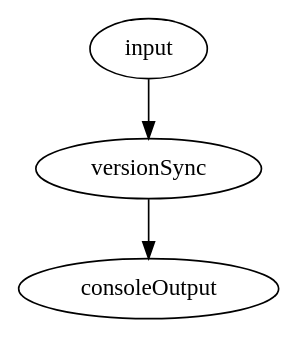
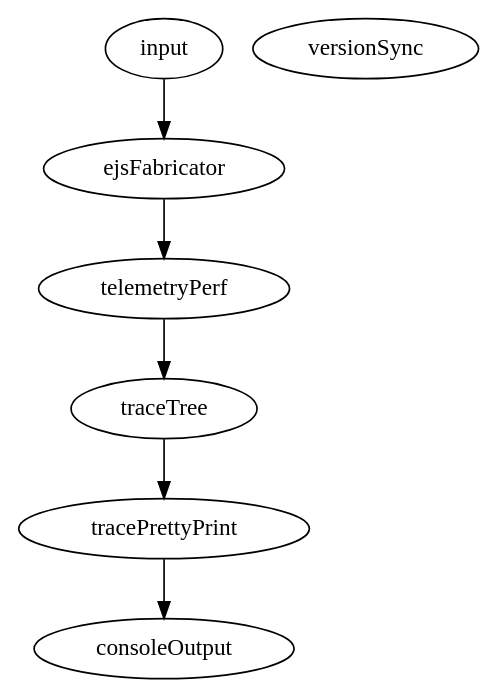
Before and after one commit to googlearchive/erlnmyr: the diagram in version.dot, drawn with Graphviz. The commit also changed 5 other files, not shown here.

```diff
--- a/version.dot
+++ b/version.dot
@@ -1,7 +1,9 @@
 digraph versiontest {
 
   input [data="/usr/local/google/home/soonm/tree-builder-builder/example.ejs"]
-  versionSync [version="1218943002", chromium="/usr/local/google/home/soonm/chromium/src", platform="linux64"]
-  input -> versionSync -> consoleOutput;
+  versionSync [version="323860", chromium="/usr/local/google/home/soonm/chromium/src", platform="linux"]
+  telemetryPerf [chromium="/usr/local/google/home/soonm/chromium/src", browser="system", perfBrowser="system"]
+
+  input -> ejsFabricator -> telemetryPerf -> traceTree -> tracePrettyPrint -> consoleOutput;
 
 }
```
